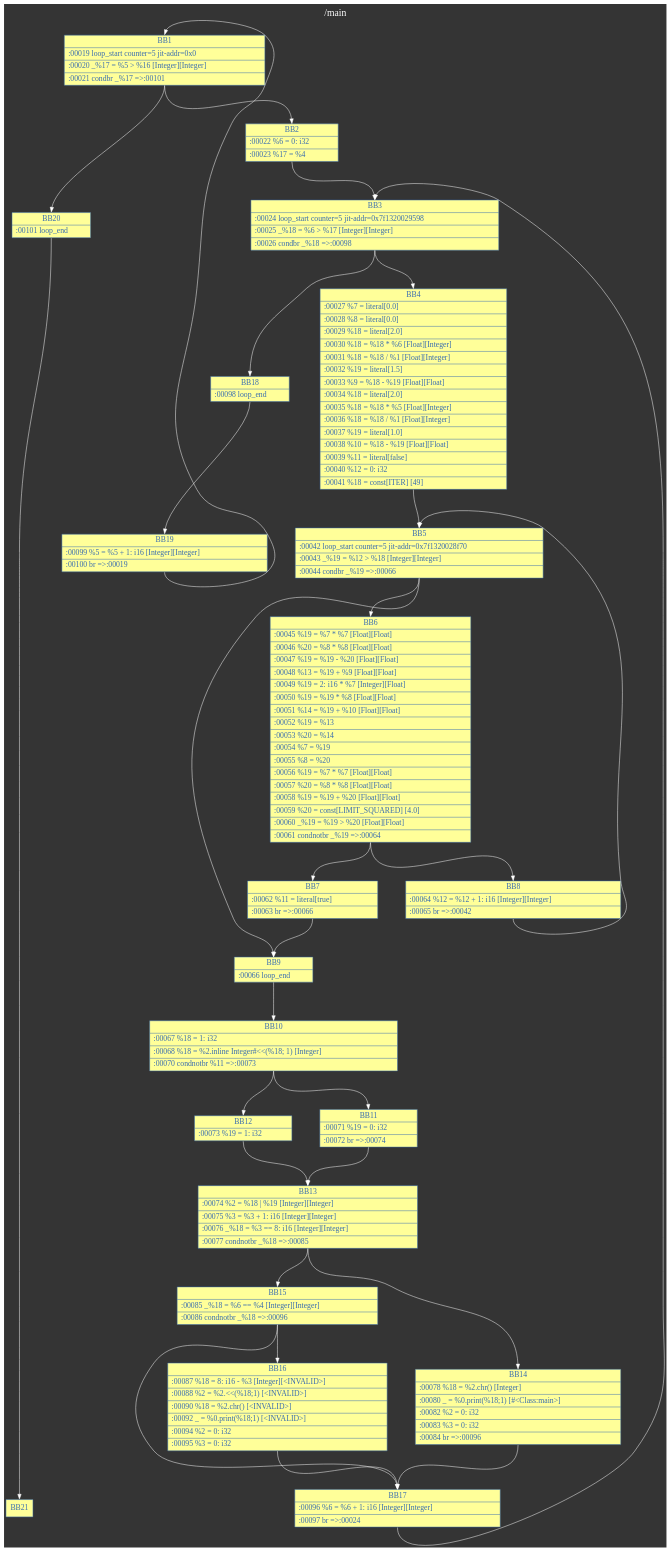
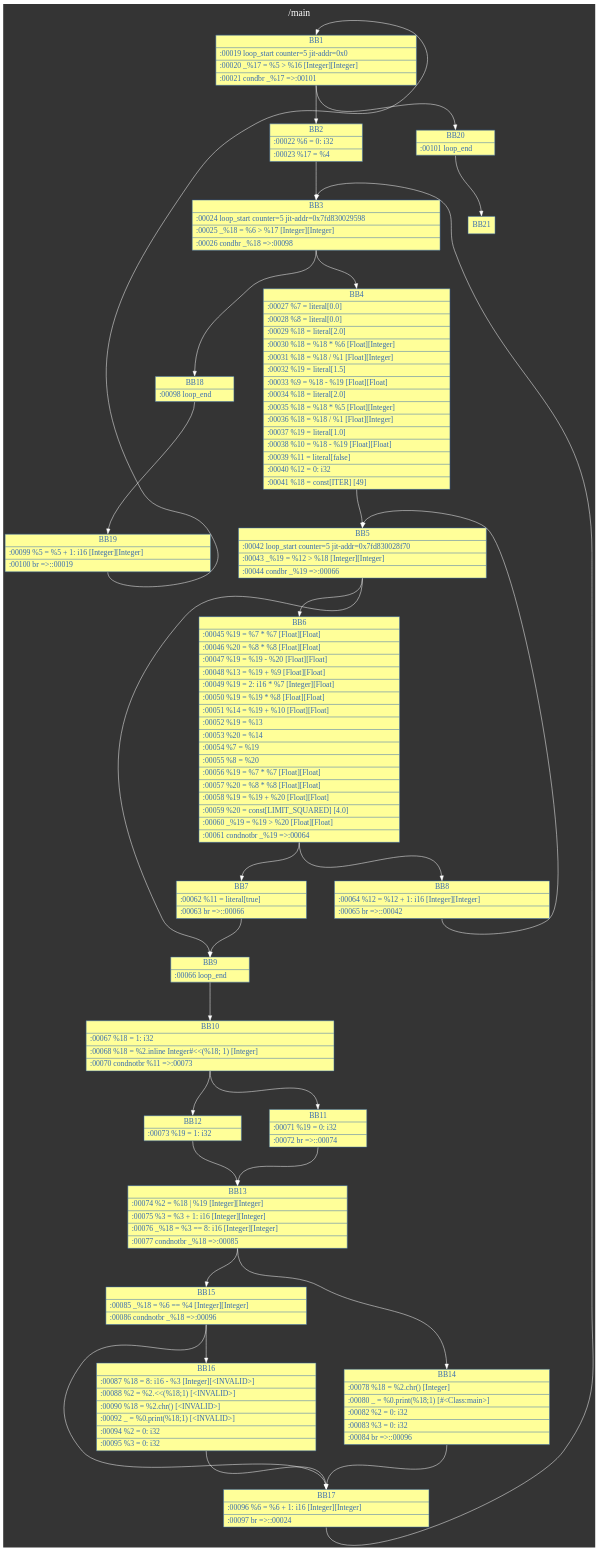
One commit to sisshiki1969/monoruby changed the diagram in dump.dot. Above: the diagram before and after it, drawn with Graphviz. The commit also changed 12 other files, not shown here.

```diff
--- a/dump.dot
+++ b/dump.dot
@@ -1,147 +1,145 @@
 digraph graph_name {
   graph [
     charset = "UTF-8";
     label = "/main",
     labelloc = "t",
     labeljust = "c",
     bgcolor = "#343434",
     fontcolor = white,
     fontsize = 20,
     rankdir = TB,
     margin = 0.2,
     splines = spline,
     nodesep = 0.8,
     ranksep = 1.1
   ];
 
   node [
     colorscheme = "accent8"
     shape = box,
     style = "solid,filled",
     fontsize = 16,
     fontcolor = 5,
     fontname = "Consolas",
     color = 5,
     fillcolor = 4,
   ];
 
   edge [
     style = solid,
     fontsize = 14,
     fontcolor = white,
     fontname = "Migu 1M",
     color = white,
     labelfloat = true,
     labeldistance = 2.5,
     labelangle = 70
   ];
   BB1 [
     shape=record
     label="{BB1|:00019 loop_start counter=5 jit-addr=0x0\l|:00020 _%17 = %5 &gt; %16                      [Integer][Integer]\l|:00021 condbr _%17 =&gt;:00101\l}"
   ];
   BB2 [
     shape=record
     label="{BB2|:00022 %6 = 0: i32\l|:00023 %17 = %4\l}"
   ];
   BB3 [
     shape=record
-    label="{BB3|:00024 loop_start counter=5 jit-addr=0x7f1320029598\l|:00025 _%18 = %6 &gt; %17                      [Integer][Integer]\l|:00026 condbr _%18 =&gt;:00098\l}"
+    label="{BB3|:00024 loop_start counter=5 jit-addr=0x7fd830029598\l|:00025 _%18 = %6 &gt; %17                      [Integer][Integer]\l|:00026 condbr _%18 =&gt;:00098\l}"
   ];
   BB4 [
     shape=record
     label="{BB4|:00027 %7 = literal[0.0]\l|:00028 %8 = literal[0.0]\l|:00029 %18 = literal[2.0]\l|:00030 %18 = %18 * %6                       [Float][Integer]\l|:00031 %18 = %18 / %1                       [Float][Integer]\l|:00032 %19 = literal[1.5]\l|:00033 %9 = %18 - %19                       [Float][Float]\l|:00034 %18 = literal[2.0]\l|:00035 %18 = %18 * %5                       [Float][Integer]\l|:00036 %18 = %18 / %1                       [Float][Integer]\l|:00037 %19 = literal[1.0]\l|:00038 %10 = %18 - %19                      [Float][Float]\l|:00039 %11 = literal[false]\l|:00040 %12 = 0: i32\l|:00041 %18 = const[ITER]                    [49]\l}"
   ];
   BB5 [
     shape=record
-    label="{BB5|:00042 loop_start counter=5 jit-addr=0x7f1320028f70\l|:00043 _%19 = %12 &gt; %18                     [Integer][Integer]\l|:00044 condbr _%19 =&gt;:00066\l}"
+    label="{BB5|:00042 loop_start counter=5 jit-addr=0x7fd830028f70\l|:00043 _%19 = %12 &gt; %18                     [Integer][Integer]\l|:00044 condbr _%19 =&gt;:00066\l}"
   ];
   BB6 [
     shape=record
     label="{BB6|:00045 %19 = %7 * %7                        [Float][Float]\l|:00046 %20 = %8 * %8                        [Float][Float]\l|:00047 %19 = %19 - %20                      [Float][Float]\l|:00048 %13 = %19 + %9                       [Float][Float]\l|:00049 %19 = 2: i16 * %7                    [Integer][Float]\l|:00050 %19 = %19 * %8                       [Float][Float]\l|:00051 %14 = %19 + %10                      [Float][Float]\l|:00052 %19 = %13\l|:00053 %20 = %14\l|:00054 %7 = %19\l|:00055 %8 = %20\l|:00056 %19 = %7 * %7                        [Float][Float]\l|:00057 %20 = %8 * %8                        [Float][Float]\l|:00058 %19 = %19 + %20                      [Float][Float]\l|:00059 %20 = const[LIMIT_SQUARED]           [4.0]\l|:00060 _%19 = %19 &gt; %20                     [Float][Float]\l|:00061 condnotbr _%19 =&gt;:00064\l}"
   ];
   BB7 [
     shape=record
-    label="{BB7|:00062 %11 = literal[true]\l|:00063 br =&gt;:00066\l}"
+    label="{BB7|:00062 %11 = literal[true]\l|:00063 br =&gt;::00066\l}"
   ];
   BB8 [
     shape=record
-    label="{BB8|:00064 %12 = %12 + 1: i16                   [Integer][Integer]\l|:00065 br =&gt;:00042\l}"
+    label="{BB8|:00064 %12 = %12 + 1: i16                   [Integer][Integer]\l|:00065 br =&gt;::00042\l}"
   ];
   BB9 [
     shape=record
     label="{BB9|:00066 loop_end\l}"
   ];
   BB10 [
     shape=record
     label="{BB10|:00067 %18 = 1: i32\l|:00068 %18 = %2.inline Integer#&lt;&lt;(%18; 1)   [Integer]\l|:00070 condnotbr %11 =&gt;:00073\l}"
   ];
   BB11 [
     shape=record
-    label="{BB11|:00071 %19 = 0: i32\l|:00072 br =&gt;:00074\l}"
+    label="{BB11|:00071 %19 = 0: i32\l|:00072 br =&gt;::00074\l}"
   ];
   BB12 [
     shape=record
     label="{BB12|:00073 %19 = 1: i32\l}"
   ];
   BB13 [
     shape=record
     label="{BB13|:00074 %2 = %18 \| %19                       [Integer][Integer]\l|:00075 %3 = %3 + 1: i16                     [Integer][Integer]\l|:00076 _%18 = %3 == 8: i16                  [Integer][Integer]\l|:00077 condnotbr _%18 =&gt;:00085\l}"
   ];
   BB14 [
     shape=record
-    label="{BB14|:00078 %18 = %2.chr()                       [Integer]\l|:00080 _ = %0.print(%18;1)                  [#&lt;Class:main&gt;]\l|:00082 %2 = 0: i32\l|:00083 %3 = 0: i32\l|:00084 br =&gt;:00096\l}"
+    label="{BB14|:00078 %18 = %2.chr()                       [Integer]\l|:00080 _ = %0.print(%18;1)                  [#&lt;Class:main&gt;]\l|:00082 %2 = 0: i32\l|:00083 %3 = 0: i32\l|:00084 br =&gt;::00096\l}"
   ];
   BB15 [
     shape=record
     label="{BB15|:00085 _%18 = %6 == %4                      [Integer][Integer]\l|:00086 condnotbr _%18 =&gt;:00096\l}"
   ];
   BB16 [
     shape=record
     label="{BB16|:00087 %18 = 8: i16 - %3                    [Integer][&lt;INVALID&gt;]\l|:00088 %2 = %2.&lt;&lt;(%18;1)                    [&lt;INVALID&gt;]\l|:00090 %18 = %2.chr()                       [&lt;INVALID&gt;]\l|:00092 _ = %0.print(%18;1)                  [&lt;INVALID&gt;]\l|:00094 %2 = 0: i32\l|:00095 %3 = 0: i32\l}"
   ];
   BB17 [
     shape=record
-    label="{BB17|:00096 %6 = %6 + 1: i16                     [Integer][Integer]\l|:00097 br =&gt;:00024\l}"
+    label="{BB17|:00096 %6 = %6 + 1: i16                     [Integer][Integer]\l|:00097 br =&gt;::00024\l}"
   ];
   BB18 [
     shape=record
     label="{BB18|:00098 loop_end\l}"
   ];
   BB19 [
     shape=record
-    label="{BB19|:00099 %5 = %5 + 1: i16                     [Integer][Integer]\l|:00100 br =&gt;:00019\l}"
+    label="{BB19|:00099 %5 = %5 + 1: i16                     [Integer][Integer]\l|:00100 br =&gt;::00019\l}"
   ];
   BB20 [
     shape=record
     label="{BB20|:00101 loop_end\l}"
   ];
   BB1 -> BB2 [headport = n, tailport = s];
   BB1 -> BB20 [headport = n, tailport = s];
   BB2 -> BB3 [headport = n, tailport = s];
   BB3 -> BB4 [headport = n, tailport = s];
   BB3 -> BB18 [headport = n, tailport = s];
   BB4 -> BB5 [headport = n, tailport = s];
   BB5 -> BB6 [headport = n, tailport = s];
   BB5 -> BB9 [headport = n, tailport = s];
   BB6 -> BB7 [headport = n, tailport = s];
   BB6 -> BB8 [headport = n, tailport = s];
   BB7 -> BB9 [headport = n, tailport = s];
   BB8 -> BB5 [headport = n, tailport = s];
   BB9 -> BB10 [headport = n, tailport = s];
   BB10 -> BB11 [headport = n, tailport = s];
   BB10 -> BB12 [headport = n, tailport = s];
   BB11 -> BB13 [headport = n, tailport = s];
   BB12 -> BB13 [headport = n, tailport = s];
   BB13 -> BB14 [headport = n, tailport = s];
   BB13 -> BB15 [headport = n, tailport = s];
   BB14 -> BB17 [headport = n, tailport = s];
   BB15 -> BB16 [headport = n, tailport = s];
   BB15 -> BB17 [headport = n, tailport = s];
   BB16 -> BB17 [headport = n, tailport = s];
   BB17 -> BB3 [headport = n, tailport = s];
   BB18 -> BB19 [headport = n, tailport = s];
   BB19 -> BB1 [headport = n, tailport = s];
   BB20 -> BB21 [headport = n, tailport = s];
-
-  {rank = max; BB21;}
 }
```
